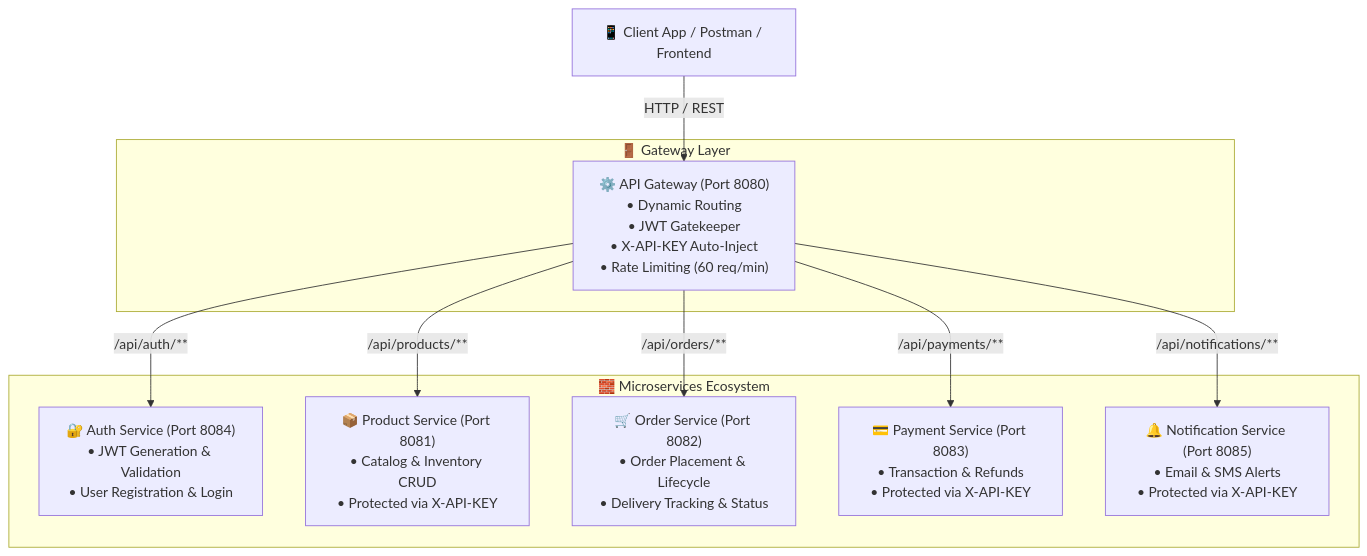
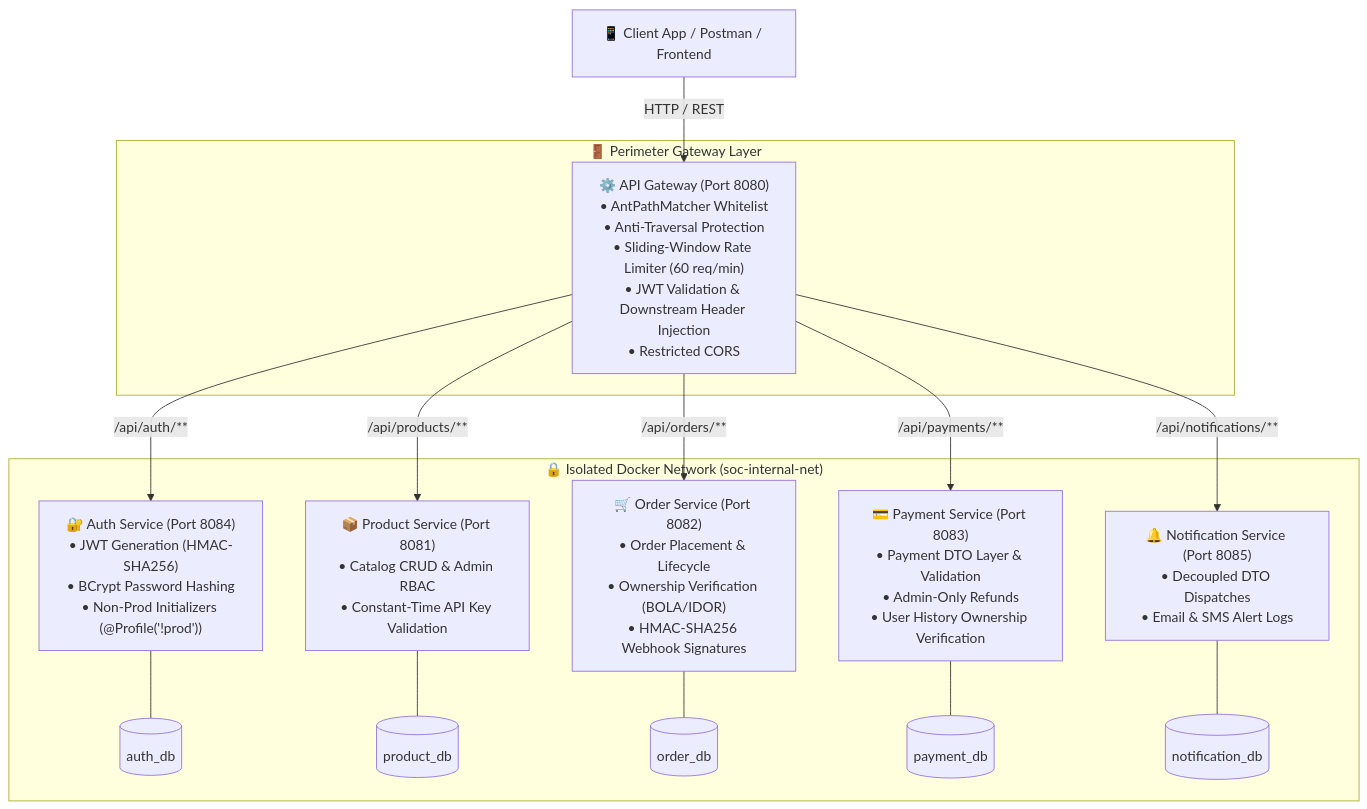
The diagram in README.md (mrawfulshadow/SOC_project), drawn with Mermaid before and after one commit. The commit also changed other lines of this file and 59 other files, not shown here.

First line of the commit message:
Add Payment, Product, and Notification Services with DTOs, Exception Handling, and Unit Tests

````diff
--- a/README.md
+++ b/README.md
@@ -18,23 +19,35 @@
 ```mermaid
 flowchart TD
     Client[📱 Client App / Postman / Frontend]
     
-    subgraph GatewayLayer ["🚪 Gateway Layer"]
-        Gateway["⚙️ API Gateway (Port 8080)<br/>• Dynamic Routing<br/>• JWT Gatekeeper<br/>• X-API-KEY Auto-Inject<br/>• Rate Limiting (60 req/min)"]
+    subgraph GatewayLayer ["🚪 Perimeter Gateway Layer"]
+        Gateway["⚙️ API Gateway (Port 8080)<br/>• AntPathMatcher Whitelist<br/>• Anti-Traversal Protection<br/>• Sliding-Window Rate Limiter (60 req/min)<br/>• JWT Validation & Downstream Header Injection<br/>• Restricted CORS"]
     end
 
-    subgraph CoreServices ["🧱 Microservices Ecosystem"]
-        AuthService["🔐 Auth Service (Port 8084)<br/>• JWT Generation & Validation<br/>• User Registration & Login"]
-        ProductService["📦 Product Service (Port 8081)<br/>• Catalog & Inventory CRUD<br/>• Protected via X-API-KEY"]
-        OrderService["🛒 Order Service (Port 8082)<br/>• Order Placement & Lifecycle<br/>• Delivery Tracking & Status"]
-        PaymentService["💳 Payment Service (Port 8083)<br/>• Transaction & Refunds<br/>• Protected via X-API-KEY"]
-        NotificationService["🔔 Notification Service (Port 8085)<br/>• Email & SMS Alerts<br/>• Protected via X-API-KEY"]
+    subgraph InternalNetwork ["🔒 Isolated Docker Network (soc-internal-net)"]
+        AuthService["🔐 Auth Service (Port 8084)<br/>• JWT Generation (HMAC-SHA256)<br/>• BCrypt Password Hashing<br/>• Non-Prod Initializers (@Profile('!prod'))"]
+        ProductService["📦 Product Service (Port 8081)<br/>• Catalog CRUD & Admin RBAC<br/>• Constant-Time API Key Validation"]
+        OrderService["🛒 Order Service (Port 8082)<br/>• Order Placement & Lifecycle<br/>• Ownership Verification (BOLA/IDOR)<br/>• HMAC-SHA256 Webhook Signatures"]
+        PaymentService["💳 Payment Service (Port 8083)<br/>• Payment DTO Layer & Validation<br/>• Admin-Only Refunds<br/>• User History Ownership Verification"]
+        NotificationService["🔔 Notification Service (Port 8085)<br/>• Decoupled DTO Dispatches<br/>• Email & SMS Alert Logs"]
+
+        DB1[(auth_db)]
+        DB2[(product_db)]
+        DB3[(order_db)]
+        DB4[(payment_db)]
+        DB5[(notification_db)]
+
+        AuthService --- DB1
+        ProductService --- DB2
+        OrderService --- DB3
+        PaymentService --- DB4
+        NotificationService --- DB5
     end
 
     Client -->|HTTP / REST| Gateway
     Gateway -->|/api/auth/**| AuthService
     Gateway -->|/api/products/**| ProductService
     Gateway -->|/api/orders/**| OrderService
     Gateway -->|/api/payments/**| PaymentService
     Gateway -->|/api/notifications/**| NotificationService
 ```
````
